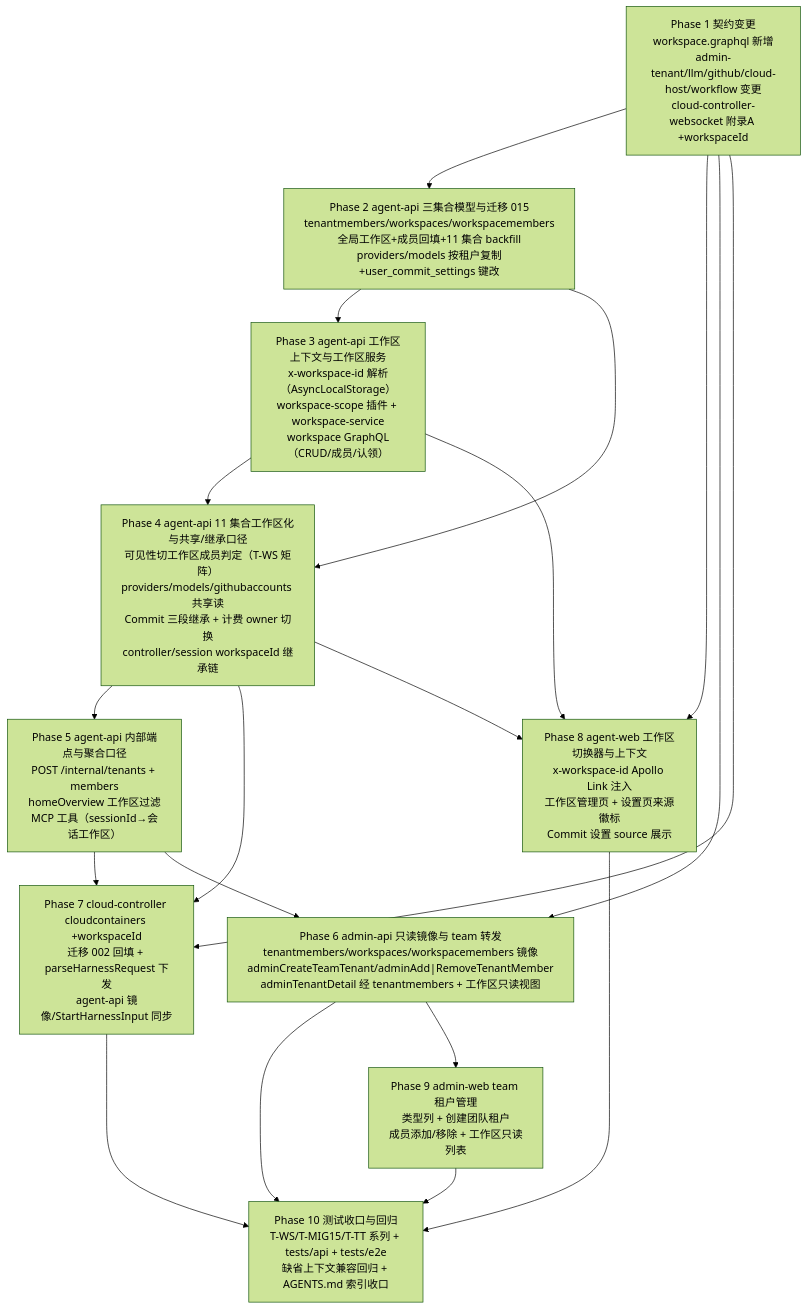
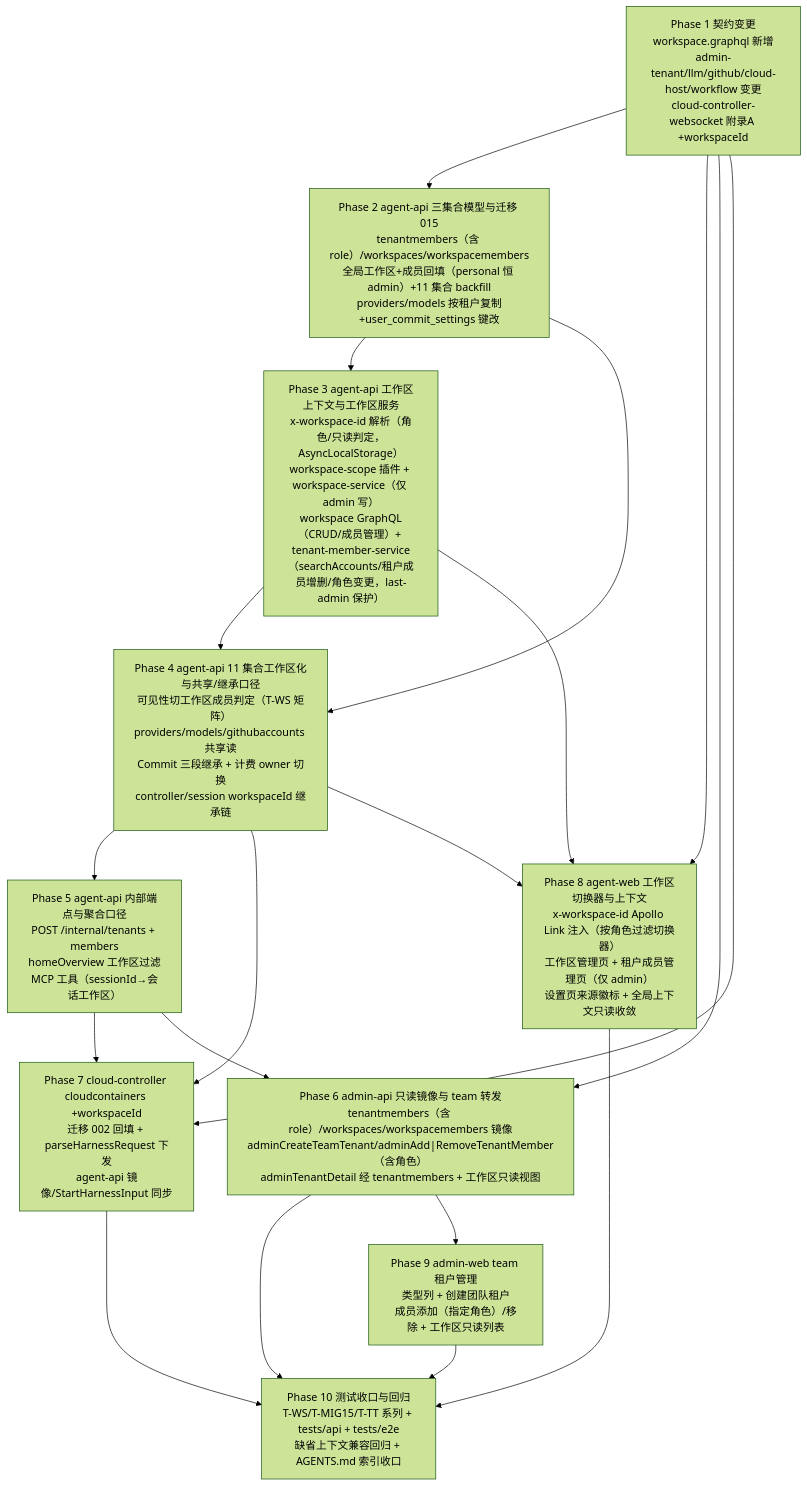
Before and after one commit to Deliay/z-agent-gear: the diagram in docs/engineering/plan/20261028-feat-multi-tenant-phase2.md, drawn with Mermaid (forest theme). The commit also changed other lines of this file and 1 other file, not shown here.

Commit message:
docs(plan): 多租户二期实现计划 v1.1——评审返工落实角色体系（tenantmembers.role 管理员/开发、last-admin 保护、租户成员管理 searchAccounts/增删/角色变更、仅 admin 工作区管理、移除 0 成员认领、global+developer 只读拦截、T-WS 角色两档与 T-TM 测试矩阵）

````diff
--- a/docs/engineering/plan/20261028-feat-multi-tenant-phase2.md
+++ b/docs/engineering/plan/20261028-feat-multi-tenant-phase2.md
@@ -21,22 +22,22 @@
 ```mermaid
 flowchart TD
     P1["Phase 1 契约变更<br/>workspace.graphql 新增<br/>admin-tenant/llm/github/cloud-host/workflow 变更<br/>cloud-controller-websocket 附录A +workspaceId"] --> P2
     P1 --> P8
-    P2["Phase 2 agent-api 三集合模型与迁移 015<br/>tenantmembers/workspaces/workspacemembers<br/>全局工作区+成员回填+11 集合 backfill<br/>providers/models 按租户复制+user_commit_settings 键改"] --> P3
+    P2["Phase 2 agent-api 三集合模型与迁移 015<br/>tenantmembers（含 role）/workspaces/workspacemembers<br/>全局工作区+成员回填（personal 恒 admin）+11 集合 backfill<br/>providers/models 按租户复制+user_commit_settings 键改"] --> P3
     P2 --> P4
-    P3["Phase 3 agent-api 工作区上下文与工作区服务<br/>x-workspace-id 解析（AsyncLocalStorage）<br/>workspace-scope 插件 + workspace-service<br/>workspace GraphQL（CRUD/成员/认领）"] --> P4
+    P3["Phase 3 agent-api 工作区上下文与工作区服务<br/>x-workspace-id 解析（角色/只读判定，AsyncLocalStorage）<br/>workspace-scope 插件 + workspace-service（仅 admin 写）<br/>workspace GraphQL（CRUD/成员管理）+ tenant-member-service<br/>（searchAccounts/租户成员增删/角色变更，last-admin 保护）"] --> P4
     P4["Phase 4 agent-api 11 集合工作区化与共享/继承口径<br/>可见性切工作区成员判定（T-WS 矩阵）<br/>providers/models/githubaccounts 共享读<br/>Commit 三段继承 + 计费 owner 切换<br/>controller/session workspaceId 继承链"] --> P5
     P5["Phase 5 agent-api 内部端点与聚合口径<br/>POST /internal/tenants + members<br/>homeOverview 工作区过滤<br/>MCP 工具（sessionId→会话工作区）"] --> P7
     P1 --> P6
     P5 --> P6
-    P6["Phase 6 admin-api 只读镜像与 team 转发<br/>tenantmembers/workspaces/workspacemembers 镜像<br/>adminCreateTeamTenant/adminAdd|RemoveTenantMember<br/>adminTenantDetail 经 tenantmembers + 工作区只读视图"] --> P10
+    P6["Phase 6 admin-api 只读镜像与 team 转发<br/>tenantmembers（含 role）/workspaces/workspacemembers 镜像<br/>adminCreateTeamTenant/adminAdd|RemoveTenantMember（含角色）<br/>adminTenantDetail 经 tenantmembers + 工作区只读视图"] --> P10
     P1 --> P7
     P4 --> P7
     P7["Phase 7 cloud-controller cloudcontainers +workspaceId<br/>迁移 002 回填 + parseHarnessRequest 下发<br/>agent-api 镜像/StartHarnessInput 同步"] --> P10
     P3 --> P8
     P4 --> P8
-    P8["Phase 8 agent-web 工作区切换器与上下文<br/>x-workspace-id Apollo Link 注入<br/>工作区管理页 + 设置页来源徽标<br/>Commit 设置 source 展示"] --> P10
+    P8["Phase 8 agent-web 工作区切换器与上下文<br/>x-workspace-id Apollo Link 注入（按角色过滤切换器）<br/>工作区管理页 + 租户成员管理页（仅 admin）<br/>设置页来源徽标 + 全局上下文只读收敛"] --> P10
     P6 --> P9
-    P9["Phase 9 admin-web team 租户管理<br/>类型列 + 创建团队租户<br/>成员添加/移除 + 工作区只读列表"] --> P10
+    P9["Phase 9 admin-web team 租户管理<br/>类型列 + 创建团队租户<br/>成员添加（指定角色）/移除 + 工作区只读列表"] --> P10
     P10["Phase 10 测试收口与回归<br/>T-WS/T-MIG15/T-TT 系列 + tests/api + tests/e2e<br/>缺省上下文兼容回归 + AGENTS.md 索引收口"]
 ```
````
